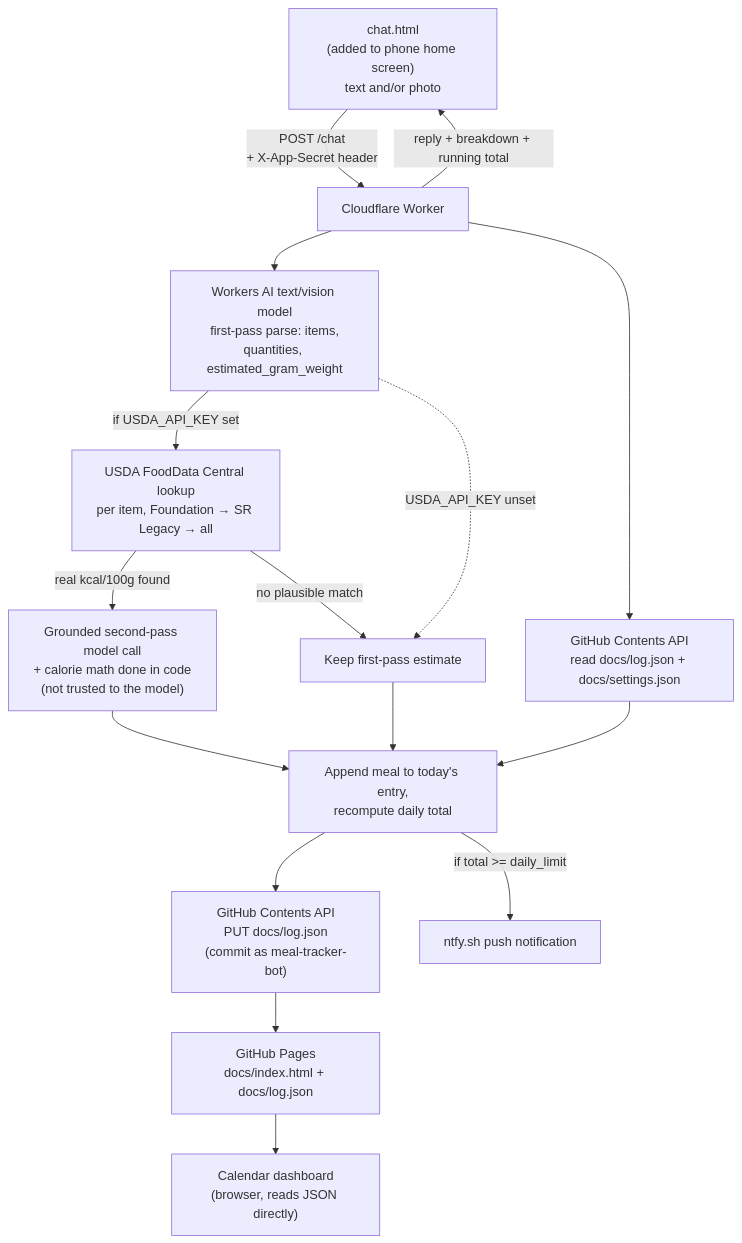
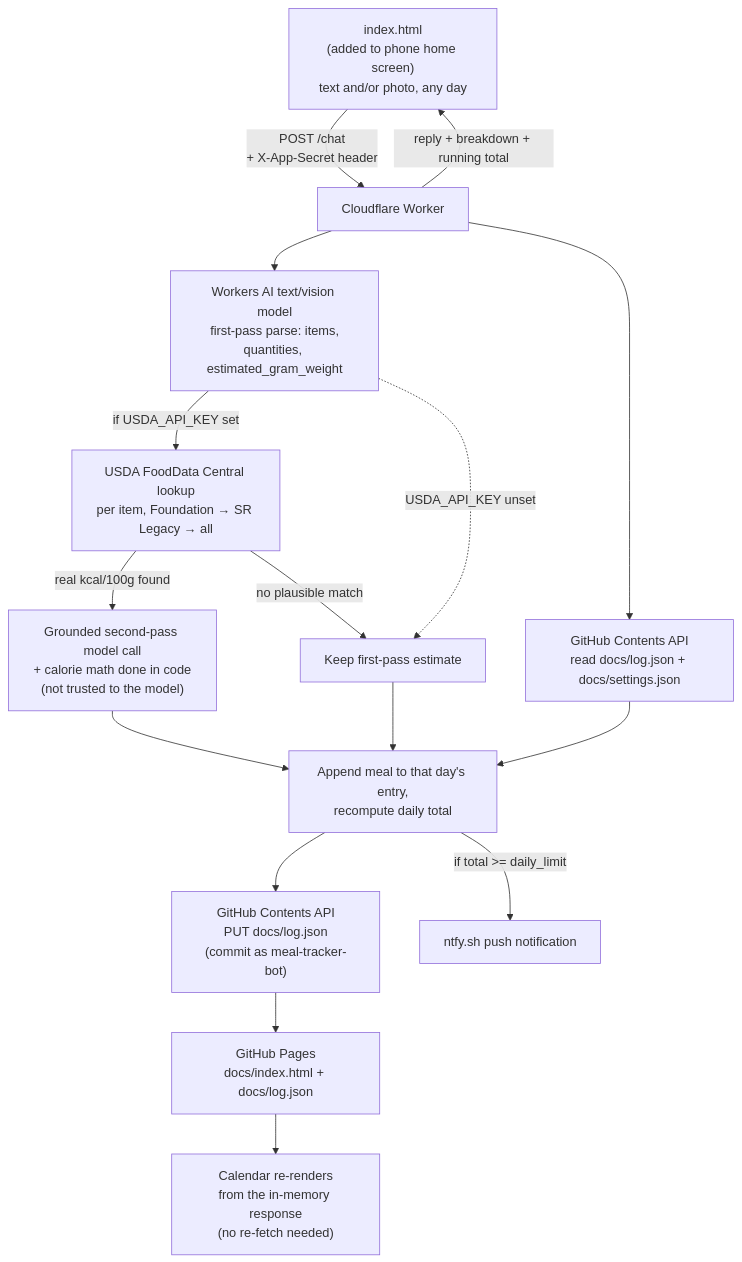
The diagram in ARCHITECTURE.md (apineschi/meal-tracker), drawn with Mermaid before and after one commit. The commit also changed other lines of this file and 4 other files, not shown here.

````diff
--- a/ARCHITECTURE.md
+++ b/ARCHITECTURE.md
@@ -34,19 +34,19 @@
 ```mermaid
 flowchart TD
-    A["chat.html\n(added to phone home screen)\ntext and/or photo"] -->|"POST /chat\n+ X-App-Secret header"| B["Cloudflare Worker"]
+    A["index.html\n(added to phone home screen)\ntext and/or photo, any day"] -->|"POST /chat\n+ X-App-Secret header"| B["Cloudflare Worker"]
     B --> C1["Workers AI text/vision model\nfirst-pass parse: items,\nquantities, estimated_gram_weight"]
     C1 -->|"if USDA_API_KEY set"| C2["USDA FoodData Central lookup\nper item, Foundation → SR Legacy → all"]
     C2 -->|"real kcal/100g found"| C3["Grounded second-pass model call\n+ calorie math done in code\n(not trusted to the model)"]
     C2 -->|"no plausible match"| C4["Keep first-pass estimate"]
     C1 -.->|"USDA_API_KEY unset"| C4
     C3 --> E
     C4 --> E
     B --> D["GitHub Contents API\nread docs/log.json + docs/settings.json"]
-    E["Append meal to today's entry,\nrecompute daily total"]
+    E["Append meal to that day's entry,\nrecompute daily total"]
     D --> E
     E --> F["GitHub Contents API\nPUT docs/log.json\n(commit as meal-tracker-bot)"]
     E -->|"if total >= daily_limit"| G["ntfy.sh push notification"]
     F --> H["GitHub Pages\ndocs/index.html + docs/log.json"]
-    H --> I["Calendar dashboard\n(browser, reads JSON directly)"]
+    H --> I["Calendar re-renders\nfrom the in-memory response\n(no re-fetch needed)"]
     B -->|"reply + breakdown + running total"| A
 ```
````
